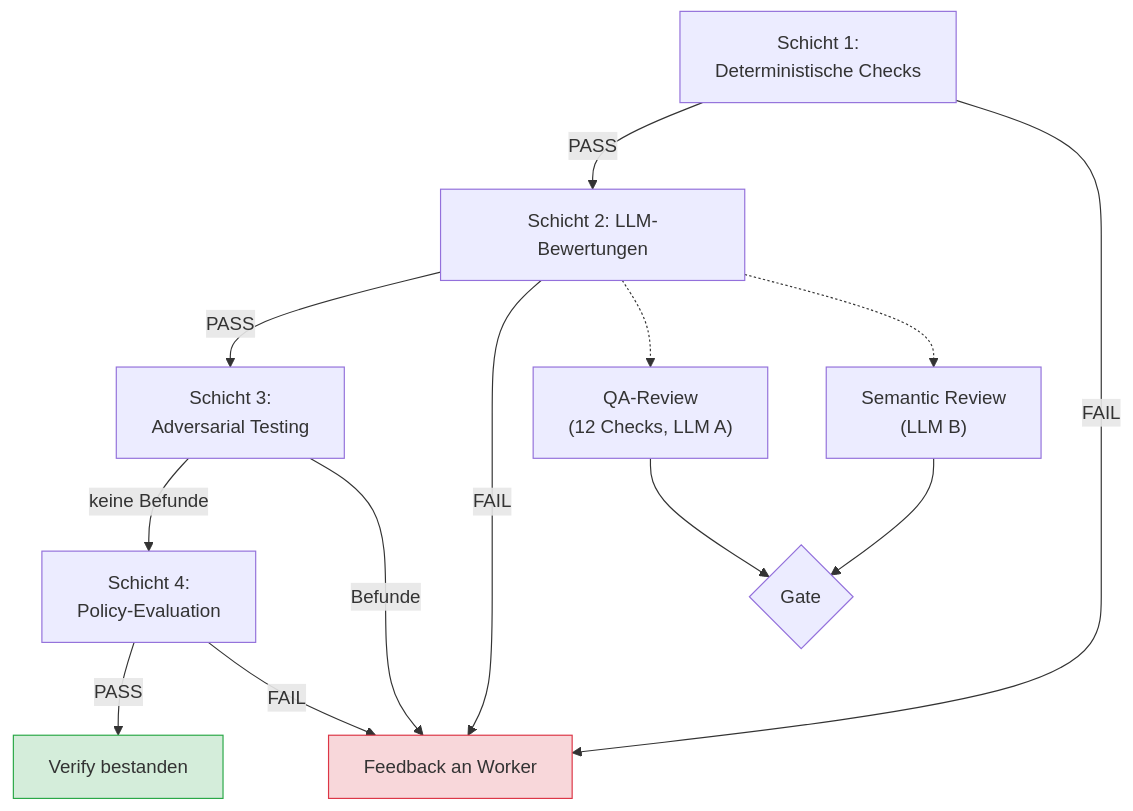
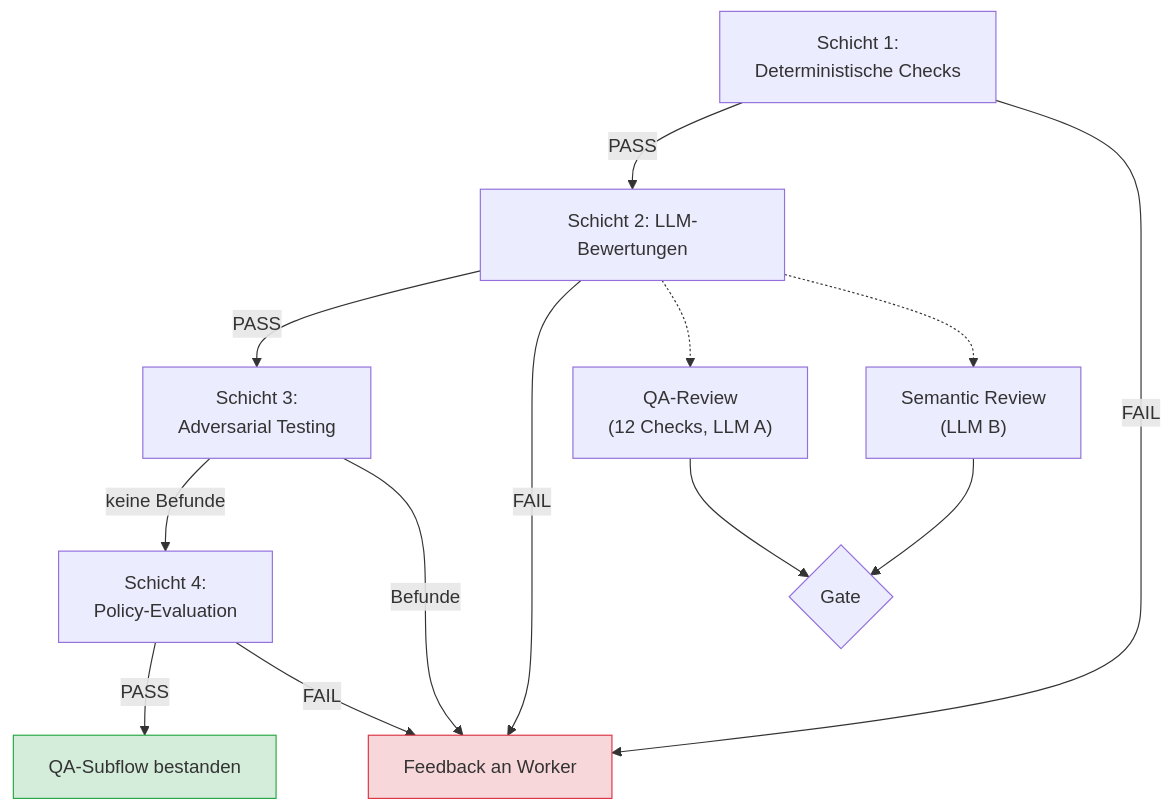
Before and after one commit to saltenhof/claude-agentkit3: the third of 5 diagrams in concept/technical-design/02_domaenenmodell_zustaende_artefakte.md, drawn with Mermaid. The commit also changed other lines of this file and 37 other files, not shown here.

First line of the commit message:
Concept wave: 4-phase pipeline (Verify as QA-subflow), Themen 1-3+5 eingearbeitet

````diff
--- a/concept/technical-design/02_domaenenmodell_zustaende_artefakte.md
+++ b/concept/technical-design/02_domaenenmodell_zustaende_artefakte.md
@@ -278,22 +280,22 @@
 ```mermaid
 flowchart TD
     S1["Schicht 1:<br/>Deterministische Checks"] -->|PASS| S2
     S1 -->|FAIL| FB["Feedback an Worker"]
 
     S2["Schicht 2: LLM-Bewertungen"] -->|PASS| S3
     S2 -->|FAIL| FB
 
     S2A["QA-Review<br/>(12 Checks, LLM A)"] --> S2G{Gate}
     S2B["Semantic Review<br/>(LLM B)"] --> S2G
     S2 -.-> S2A
     S2 -.-> S2B
 
     S3["Schicht 3:<br/>Adversarial Testing"] -->|keine Befunde| S4
     S3 -->|Befunde| FB
 
-    S4["Schicht 4:<br/>Policy-Evaluation"] -->|PASS| DONE["Verify bestanden"]
+    S4["Schicht 4:<br/>Policy-Evaluation"] -->|PASS| DONE["QA-Subflow bestanden"]
     S4 -->|FAIL| FB
 
     style FB fill:#f8d7da,stroke:#dc3545
     style DONE fill:#d4edda,stroke:#28a745
 ```
````
